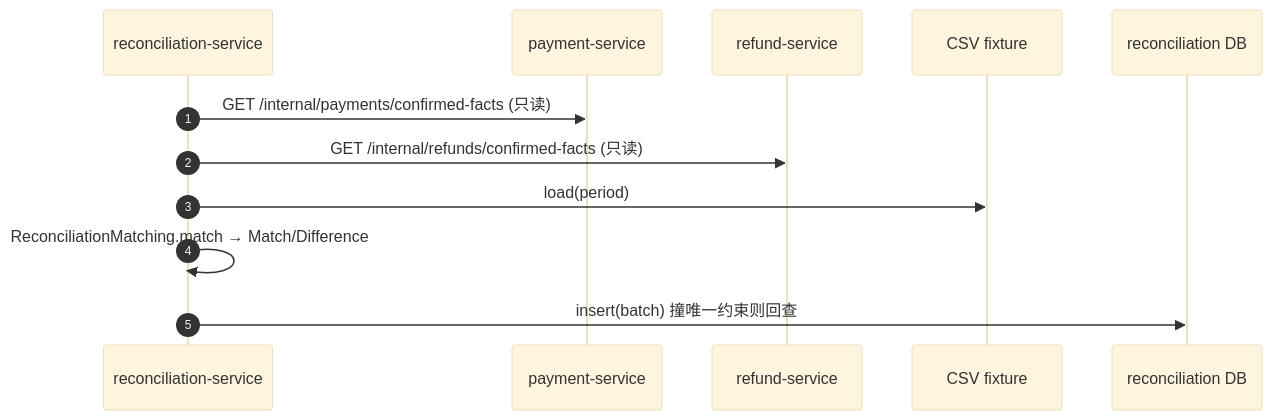
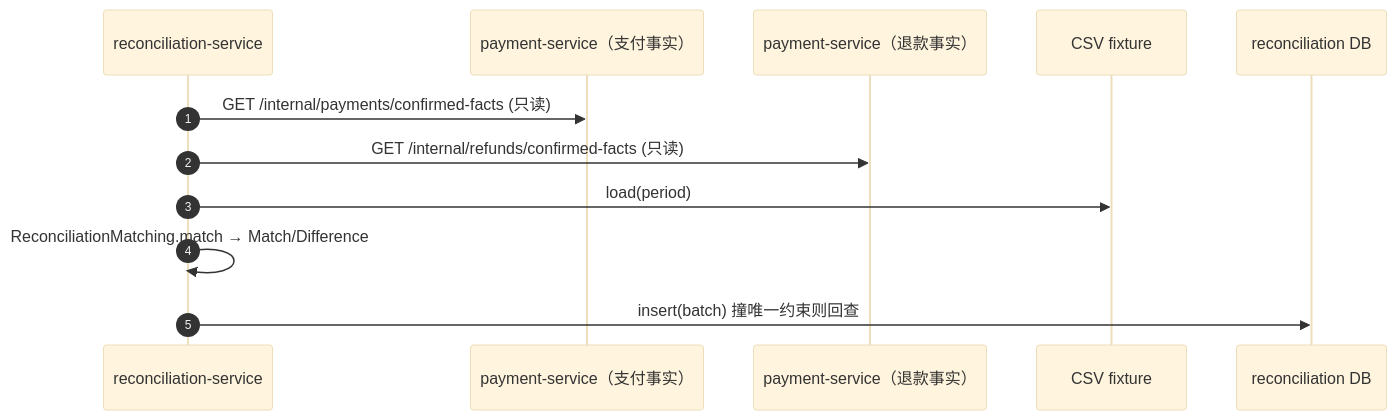
The diagram in docs/architecture/systems/reconciliation-service.md (ckcky/Payment), drawn with Mermaid (base theme) before and after one commit. The commit also changed other lines of this file and 41 other files, not shown here.

````diff
--- a/docs/architecture/systems/reconciliation-service.md
+++ b/docs/architecture/systems/reconciliation-service.md
@@ -188,14 +188,14 @@
 ```mermaid
 sequenceDiagram
     autonumber
     participant R as reconciliation-service
-    participant P as payment-service
-    participant F as refund-service
+    participant P as payment-service（支付事实）
+    participant F as payment-service（退款事实）
     participant C as CSV fixture
     participant DB as reconciliation DB
     R->>P: GET /internal/payments/confirmed-facts (只读)
     R->>F: GET /internal/refunds/confirmed-facts (只读)
     R->>C: load(period)
     R->>R: ReconciliationMatching.match → Match/Difference
     R->>DB: insert(batch) 撞唯一约束则回查
 ```
````
